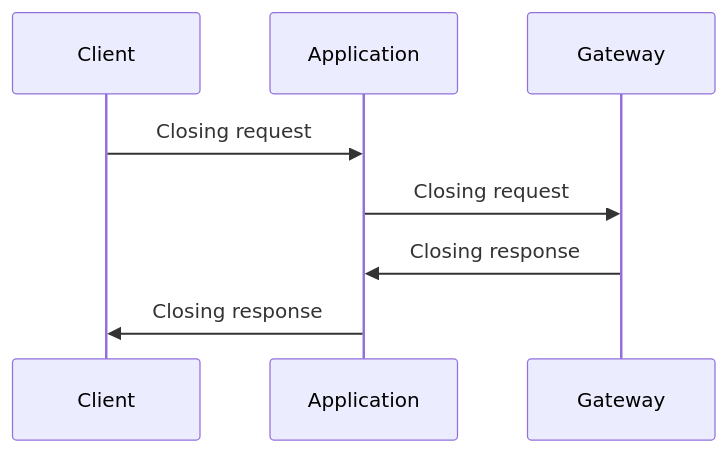
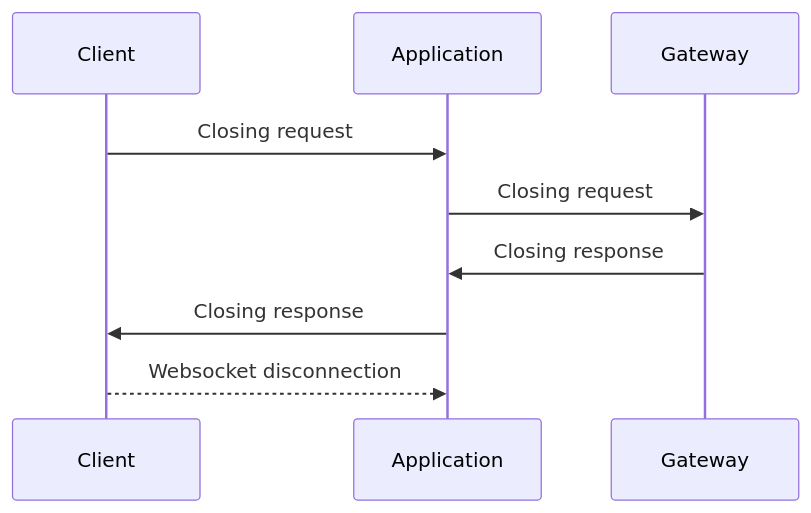
One commit to ErFer7/WebChat changed the third of 9 diagrams in documentation/Protocol.md. Above: the diagram before and after it, drawn with Mermaid. The commit also changed other lines of this file and 16 other files, not shown here.

````diff
--- a/documentation/Protocol.md
+++ b/documentation/Protocol.md
@@ -198,7 +274,8 @@
 ```mermaid
 sequenceDiagram
   Client ->> Application: Closing request
   Application ->> Gateway: Closing request
   Gateway ->> Application: Closing response
   Application ->> Client: Closing response
+  Client -->> Application: Websocket disconnection
 ```
````
